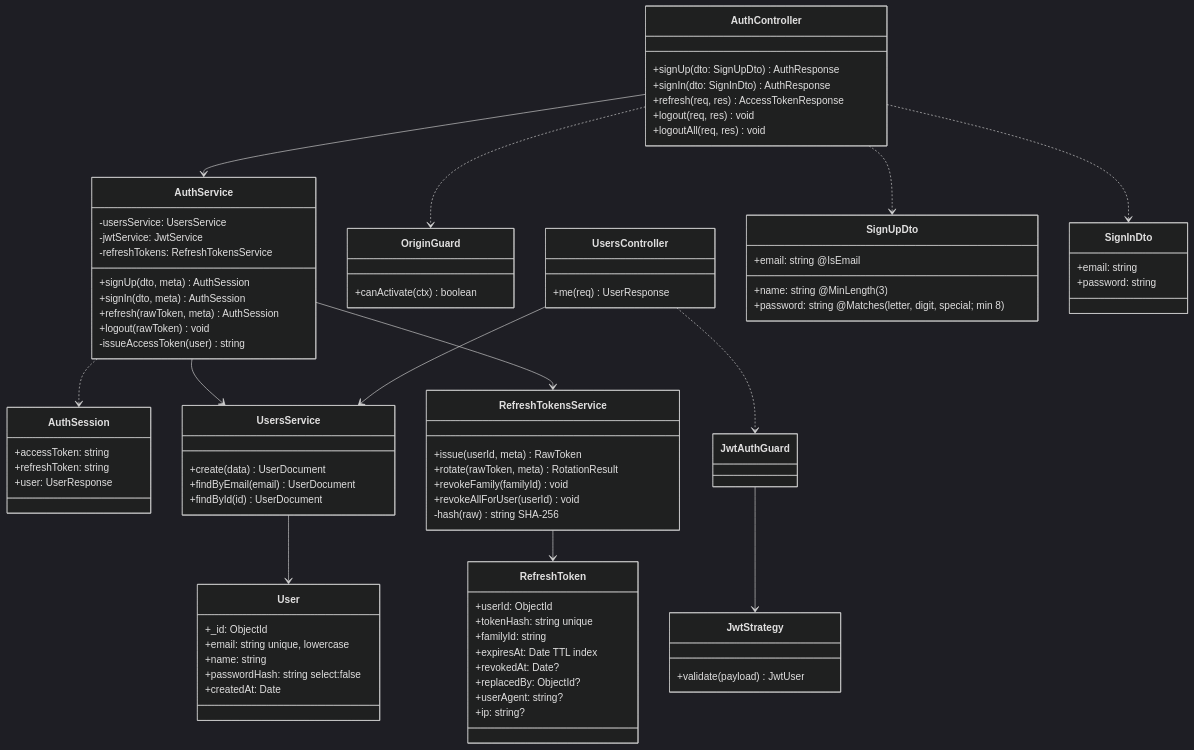
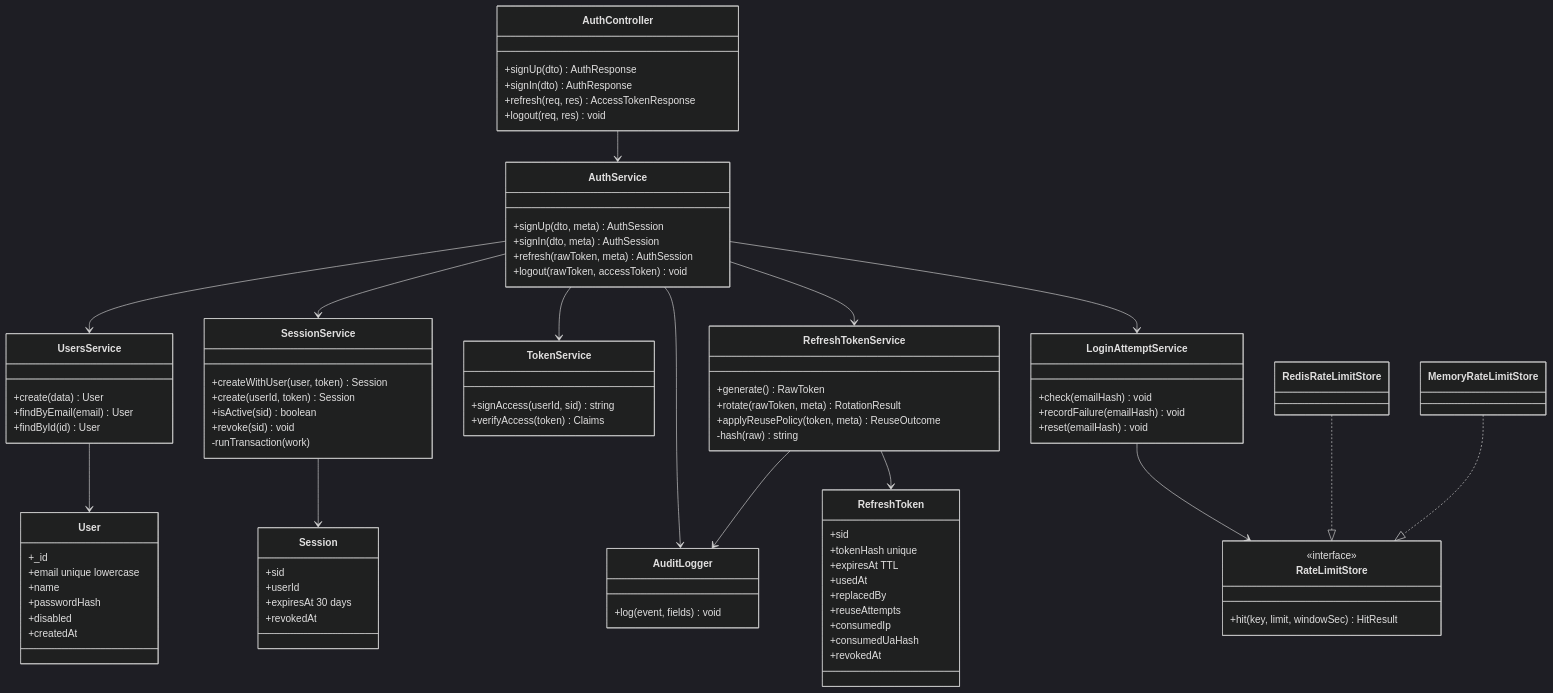
The first of 2 diagrams in docs/architecture/c4-code.md (Rowan-habashy/easyGenerator-auth), drawn with Mermaid (dark theme) before and after one commit. The commit also changed other lines of this file and 3 other files, not shown here.

Commit message:
Update on design architecture

````diff
--- a/docs/architecture/c4-code.md
+++ b/docs/architecture/c4-code.md
@@ -5,85 +5,90 @@
 ```mermaid
 classDiagram
     class AuthController {
-        +signUp(dto: SignUpDto) AuthResponse
-        +signIn(dto: SignInDto) AuthResponse
+        +signUp(dto) AuthResponse
+        +signIn(dto) AuthResponse
         +refresh(req, res) AccessTokenResponse
         +logout(req, res) void
-        +logoutAll(req, res) void
     }
     class AuthService {
-        -usersService: UsersService
-        -jwtService: JwtService
-        -refreshTokens: RefreshTokensService
         +signUp(dto, meta) AuthSession
         +signIn(dto, meta) AuthSession
         +refresh(rawToken, meta) AuthSession
-        +logout(rawToken) void
-        -issueAccessToken(user) string
+        +logout(rawToken, accessToken) void
     }
-    class AuthSession {
-        +accessToken: string
-        +refreshToken: string
-        +user: UserResponse
+    class SessionService {
+        +createWithUser(user, token) Session
+        +create(userId, token) Session
+        +isActive(sid) boolean
+        +revoke(sid) void
+        -runTransaction(work)
     }
-    class RefreshTokensService {
-        +issue(userId, meta) RawToken
+    class RefreshTokenService {
+        +generate() RawToken
         +rotate(rawToken, meta) RotationResult
-        +revokeFamily(familyId) void
-        +revokeAllForUser(userId) void
-        -hash(raw) string  SHA-256
+        +applyReusePolicy(token, meta) ReuseOutcome
+        -hash(raw) string
+    }
+    class TokenService {
+        +signAccess(userId, sid) string
+        +verifyAccess(token) Claims
+    }
+    class LoginAttemptService {
+        +check(emailHash) void
+        +recordFailure(emailHash) void
+        +reset(emailHash) void
+    }
+    class RateLimitStore {
+        <<interface>>
+        +hit(key, limit, windowSec) HitResult
+    }
+    class RedisRateLimitStore
+    class MemoryRateLimitStore
+    class AuditLogger {
+        +log(event, fields) void
+    }
+    class UsersService {
+        +create(data) User
+        +findByEmail(email) User
+        +findById(id) User
+    }
+    class User {
+        +_id
+        +email unique lowercase
+        +name
+        +passwordHash
+        +disabled
+        +createdAt
+    }
+    class Session {
+        +sid
+        +userId
+        +expiresAt  30 days
+        +revokedAt
     }
     class RefreshToken {
-        +userId: ObjectId
-        +tokenHash: string  unique
-        +familyId: string
-        +expiresAt: Date  TTL index
-        +revokedAt: Date?
-        +replacedBy: ObjectId?
-        +userAgent: string?
-        +ip: string?
-    }
-    class OriginGuard {
-        +canActivate(ctx) boolean
-    }
-    class UsersController {
-        +me(req) UserResponse
-    }
-    class UsersService {
-        +create(data) UserDocument
-        +findByEmail(email) UserDocument
-        +findById(id) UserDocument
-    }
-    class JwtStrategy {
-        +validate(payload) JwtUser
-    }
-    class JwtAuthGuard
-    class SignUpDto {
-        +email: string  @IsEmail
-        +name: string  @MinLength(3)
-        +password: string  @Matches(letter, digit, special; min 8)
-    }
-    class SignInDto {
-        +email: string
-        +password: string
-    }
-    class User {
-        +_id: ObjectId
-        +email: string  unique, lowercase
-        +name: string
-        +passwordHash: string  select:false
-        +createdAt: Date
+        +sid
+        +tokenHash  unique
+        +expiresAt  TTL
+        +usedAt
+        +replacedBy
+        +reuseAttempts
+        +consumedIp
+        +consumedUaHash
+        +revokedAt
     }
     AuthController --> AuthService
-    AuthController ..> SignUpDto
-    AuthController ..> SignInDto
     AuthService --> UsersService
-    AuthService --> RefreshTokensService
-    AuthService ..> AuthSession
-    AuthController ..> OriginGuard
-    RefreshTokensService --> RefreshToken
-    UsersController --> UsersService
-    UsersController ..> JwtAuthGuard
-    JwtAuthGuard --> JwtStrategy
+    AuthService --> SessionService
+    AuthService --> RefreshTokenService
+    AuthService --> TokenService
+    AuthService --> LoginAttemptService
+    AuthService --> AuditLogger
+    RefreshTokenService --> AuditLogger
+    LoginAttemptService --> RateLimitStore
+    RedisRateLimitStore ..|> RateLimitStore
+    MemoryRateLimitStore ..|> RateLimitStore
+    SessionService --> Session
+    RefreshTokenService --> RefreshToken
     UsersService --> User
 ```
````
